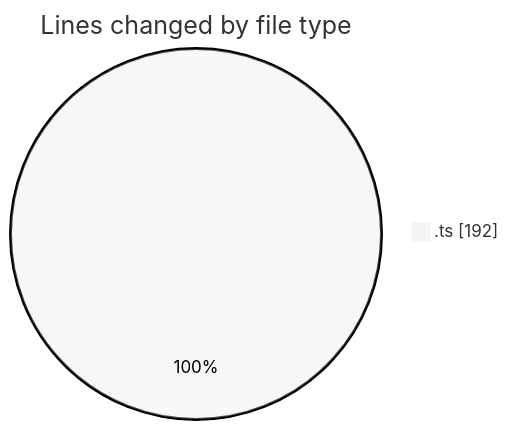
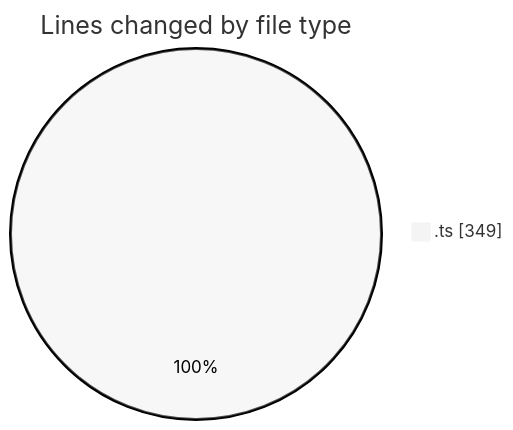
Before and after one commit to nxtqubesakshisongat/code-tracking: the first of 2 diagrams in 2026-01-27/nxtqube_webapp/README.md, drawn with Mermaid (neutral theme). The commit also changed other lines of this file and 1 other file, not shown here.

````diff
--- a/2026-01-27/nxtqube_webapp/README.md
+++ b/2026-01-27/nxtqube_webapp/README.md
@@ -22,5 +24,5 @@
 ```mermaid
 pie showData
 title Lines changed by file type
-".ts" : 192
+".ts" : 349
 ```
````
